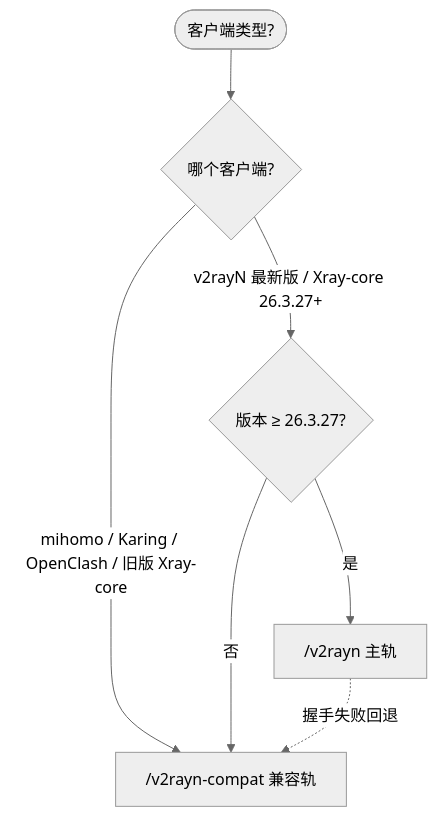
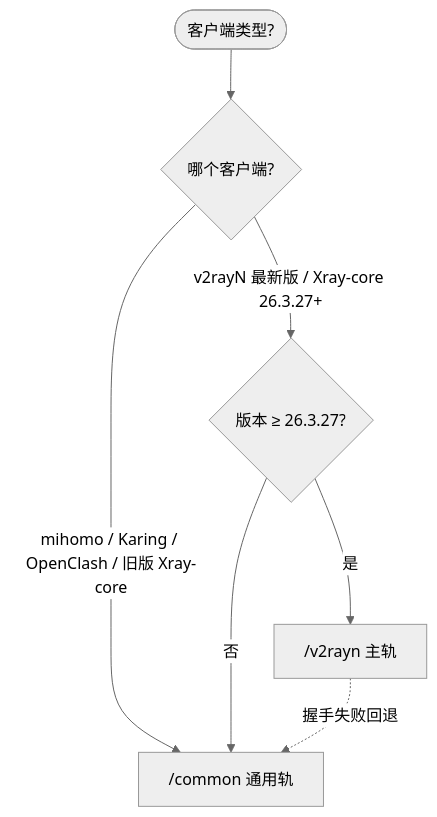
The first of 17 diagrams in docs/02-protocols-and-security.md (currycan/sb-xray), drawn with Mermaid (neutral theme) before and after one commit. The commit also changed other lines of this file and 7 other files, not shown here.

````diff
--- a/docs/02-protocols-and-security.md
+++ b/docs/02-protocols-and-security.md
@@ -65,9 +65,9 @@
 ```mermaid
 flowchart TD
     Start([客户端类型?]) --> ClientType{哪个客户端?}
     ClientType -->|v2rayN 最新版 / Xray-core 26.3.27+| VerCheck{版本 ≥ 26.3.27?}
-    ClientType -->|mihomo / Karing / OpenClash / 旧版 Xray-core| Compat["/v2rayn-compat 兼容轨"]
+    ClientType -->|mihomo / Karing / OpenClash / 旧版 Xray-core| Compat["/common 通用轨"]
     VerCheck -->|是| Main["/v2rayn 主轨"]
     VerCheck -->|否| Compat
     Main -.->|握手失败回退| Compat
 ```
````
